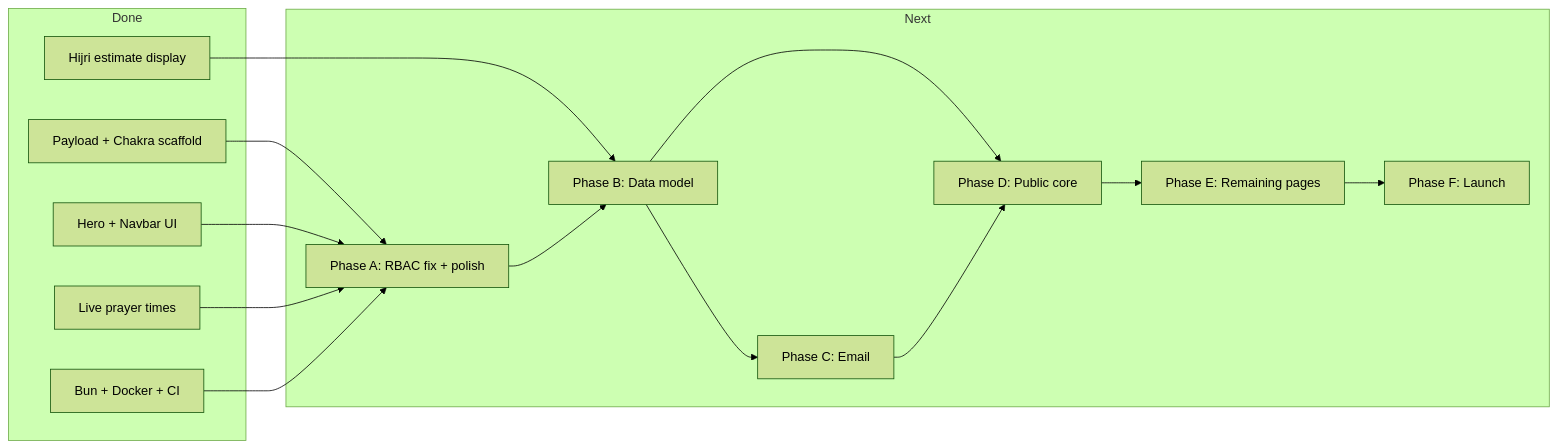
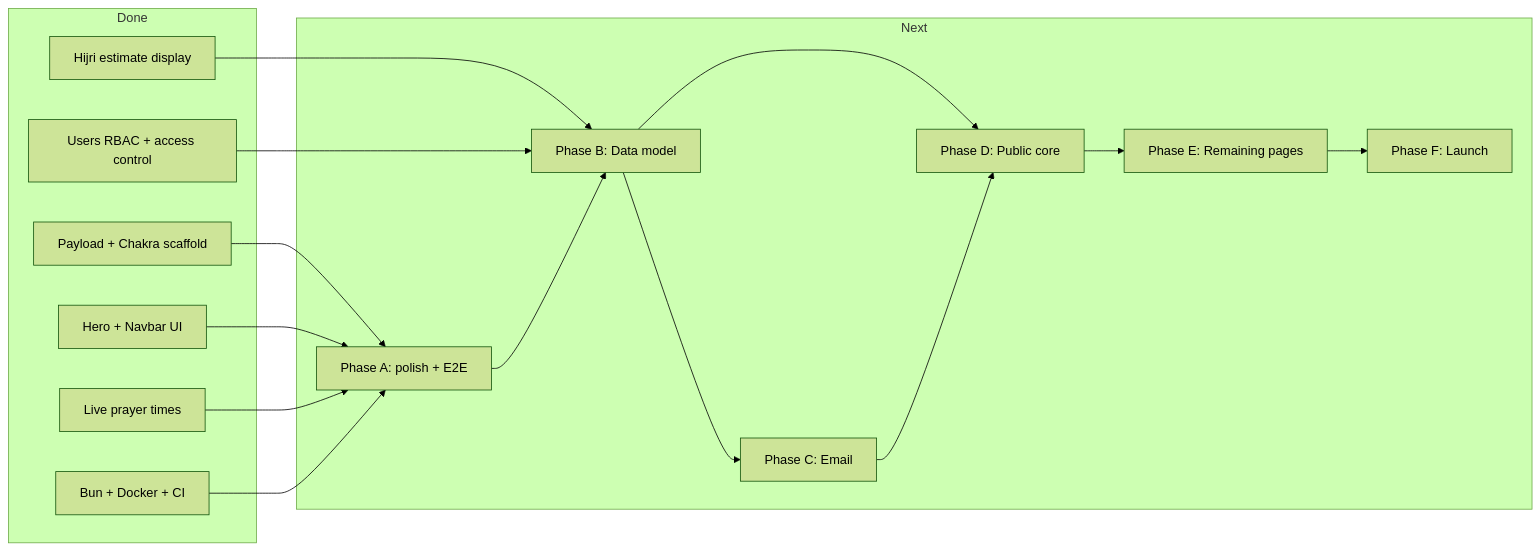
The diagram in docs/REMAINING_WORK.md (Captain-Fahd/al-furqan-institute), drawn with Mermaid (forest theme) before and after one commit. The commit also changed other lines of this file and 22 other files, not shown here.

First line of the commit message:
Implement Phase B domain data model + RBAC foundation

````diff
--- a/docs/REMAINING_WORK.md
+++ b/docs/REMAINING_WORK.md
@@ -48,29 +49,31 @@
 ```mermaid
 flowchart LR
   subgraph done [Done]
     Scaffold[Payload + Chakra scaffold]
     HeroUI[Hero + Navbar UI]
     HijriEstimate[Hijri estimate display]
     PrayerTimes[Live prayer times]
     Tooling[Bun + Docker + CI]
+    RBAC[Users RBAC + access control]
   end
   subgraph next [Next]
-    Foundation[Phase A: RBAC fix + polish]
+    Foundation[Phase A: polish + E2E]
     DataModel[Phase B: Data model]
     Email[Phase C: Email]
     PublicCore[Phase D: Public core]
     PublicPages[Phase E: Remaining pages]
     Launch[Phase F: Launch]
   end
   Scaffold --> Foundation
   HeroUI --> Foundation
   HijriEstimate --> DataModel
   PrayerTimes --> Foundation
   Tooling --> Foundation
+  RBAC --> DataModel
   Foundation --> DataModel
   DataModel --> Email
   DataModel --> PublicCore
   Email --> PublicCore
   PublicCore --> PublicPages
   PublicPages --> Launch
 ```
````
